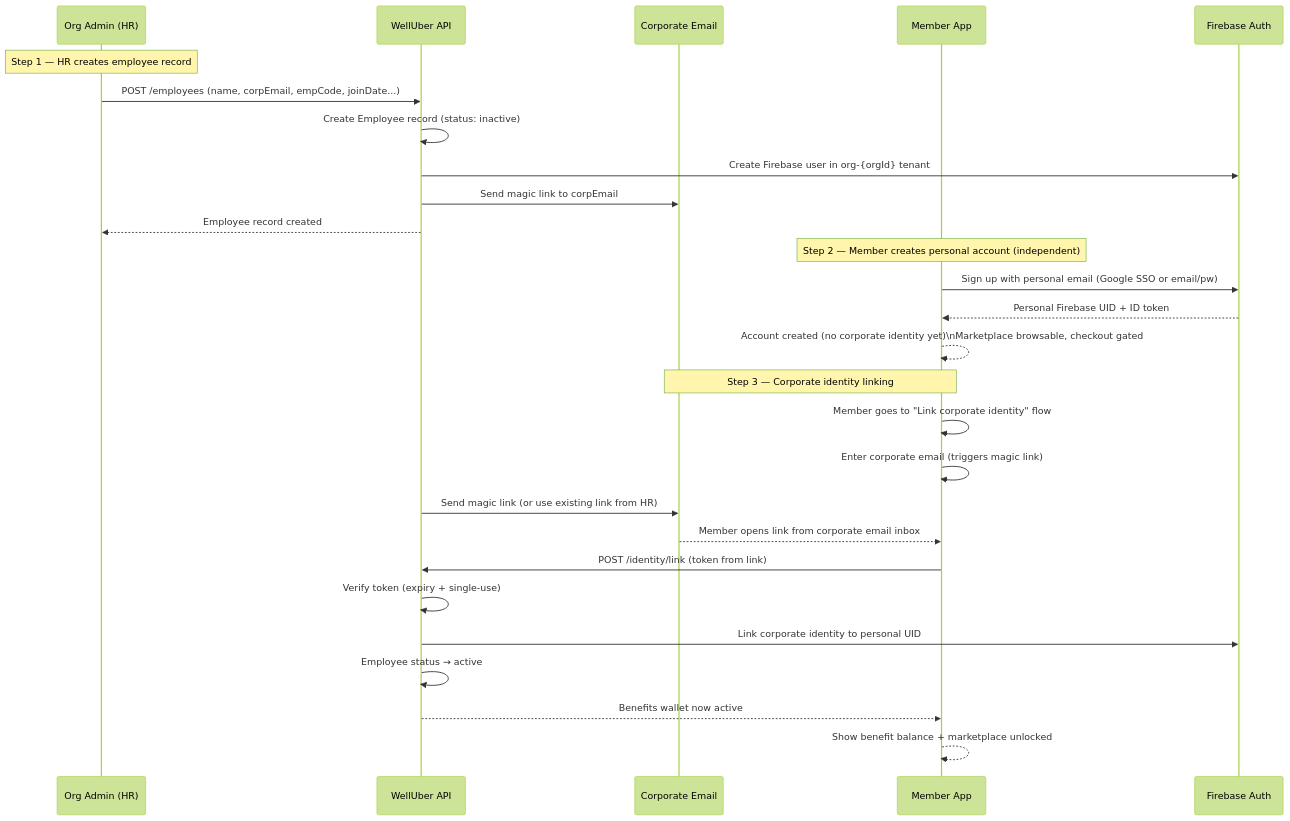
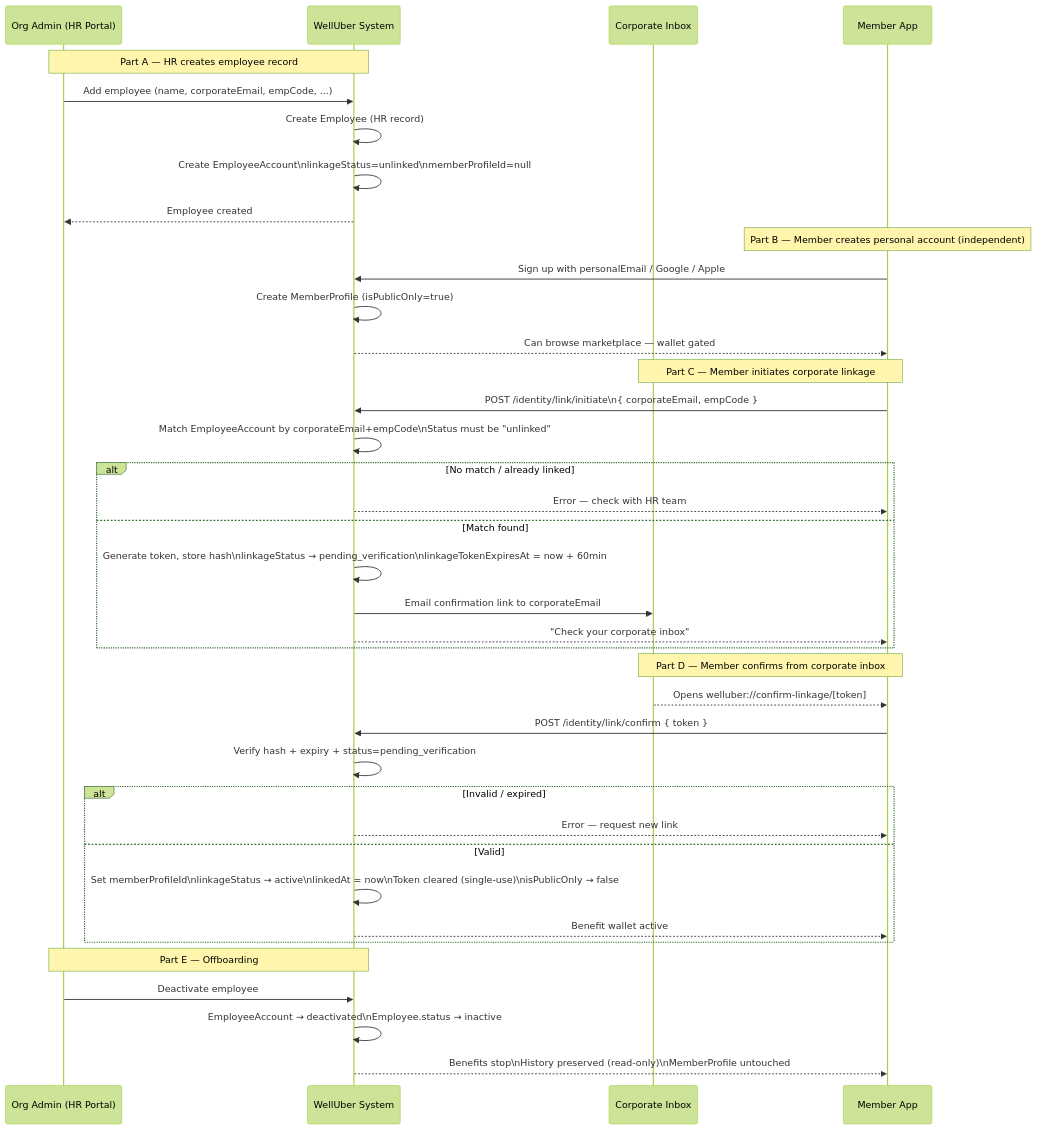
One commit to darthyon/welluber-admin changed the diagram in .docs_technical/flows/FLOW_05_MEMBER_ACTIVATION.md. Above: the diagram before and after it, drawn with Mermaid (forest theme). The commit also changed other lines of this file and 68 other files, not shown here.

````diff
--- a/.docs_technical/flows/FLOW_05_MEMBER_ACTIVATION.md
+++ b/.docs_technical/flows/FLOW_05_MEMBER_ACTIVATION.md
@@ -17,35 +30,52 @@
 ```mermaid
 sequenceDiagram
-    participant HR as Org Admin (HR)
-    participant API as WellUber API
-    participant CE as Corporate Email
-    participant MA as Member App
-    participant FB as Firebase Auth
+    participant HR as Org Admin (HR Portal)
+    participant SYS as WellUber System
+    participant CE as Corporate Inbox
+    participant APP as Member App
 
-    Note over HR: Step 1 — HR creates employee record
+    Note over HR,SYS: Part A — HR creates employee record
 
-    HR->>API: POST /employees (name, corpEmail, empCode, joinDate...)
-    API->>API: Create Employee record (status: inactive)
-    API->>FB: Create Firebase user in org-{orgId} tenant
-    API->>CE: Send magic link to corpEmail
-    API-->>HR: Employee record created
+    HR->>SYS: Add employee (name, corporateEmail, empCode, ...)
+    SYS->>SYS: Create Employee (HR record)
+    SYS->>SYS: Create EmployeeAccount\nlinkageStatus=unlinked\nmemberProfileId=null
+    SYS-->>HR: Employee created
 
-    Note over MA: Step 2 — Member creates personal account (independent)
+    Note over APP: Part B — Member creates personal account (independent)
 
-    MA->>FB: Sign up with personal email (Google SSO or email/pw)
-    FB-->>MA: Personal Firebase UID + ID token
-    MA-->>MA: Account created (no corporate identity yet)\nMarketplace browsable, checkout gated
+    APP->>SYS: Sign up with personalEmail / Google / Apple
+    SYS->>SYS: Create MemberProfile (isPublicOnly=true)
+    SYS-->>APP: Can browse marketplace — wallet gated
 
-    Note over MA,CE: Step 3 — Corporate identity linking
+    Note over APP,CE: Part C — Member initiates corporate linkage
 
-    MA->>MA: Member goes to "Link corporate identity" flow
-    MA->>MA: Enter corporate email (triggers magic link)
-    API->>CE: Send magic link (or use existing link from HR)
-    CE-->>MA: Member opens link from corporate email inbox
-    MA->>API: POST /identity/link (token from link)
-    API->>API: Verify token (expiry + single-use)
-    API->>FB: Link corporate identity to personal UID
-    API->>API: Employee status → active
-    API-->>MA: Benefits wallet now active
-    MA-->>MA: Show benefit balance + marketplace unlocked
+    APP->>SYS: POST /identity/link/initiate\n{ corporateEmail, empCode }
+    SYS->>SYS: Match EmployeeAccount by corporateEmail+empCode\nStatus must be "unlinked"
+
+    alt No match / already linked
+        SYS-->>APP: Error — check with HR team
+    else Match found
+        SYS->>SYS: Generate token, store hash\nlinkageStatus → pending_verification\nlinkageTokenExpiresAt = now + 60min
+        SYS->>CE: Email confirmation link to corporateEmail
+        SYS-->>APP: "Check your corporate inbox"
+    end
+
+    Note over CE,APP: Part D — Member confirms from corporate inbox
+
+    CE-->>APP: Opens welluber://confirm-linkage/[token]
+    APP->>SYS: POST /identity/link/confirm { token }
+    SYS->>SYS: Verify hash + expiry + status=pending_verification
+
+    alt Invalid / expired
+        SYS-->>APP: Error — request new link
+    else Valid
+        SYS->>SYS: Set memberProfileId\nlinkageStatus → active\nlinkedAt = now\nToken cleared (single-use)\nisPublicOnly → false
+        SYS-->>APP: Benefit wallet active
+    end
+
+    Note over HR,SYS: Part E — Offboarding
+
+    HR->>SYS: Deactivate employee
+    SYS->>SYS: EmployeeAccount → deactivated\nEmployee.status → inactive
+    SYS-->>APP: Benefits stop\nHistory preserved (read-only)\nMemberProfile untouched
 ```
````
